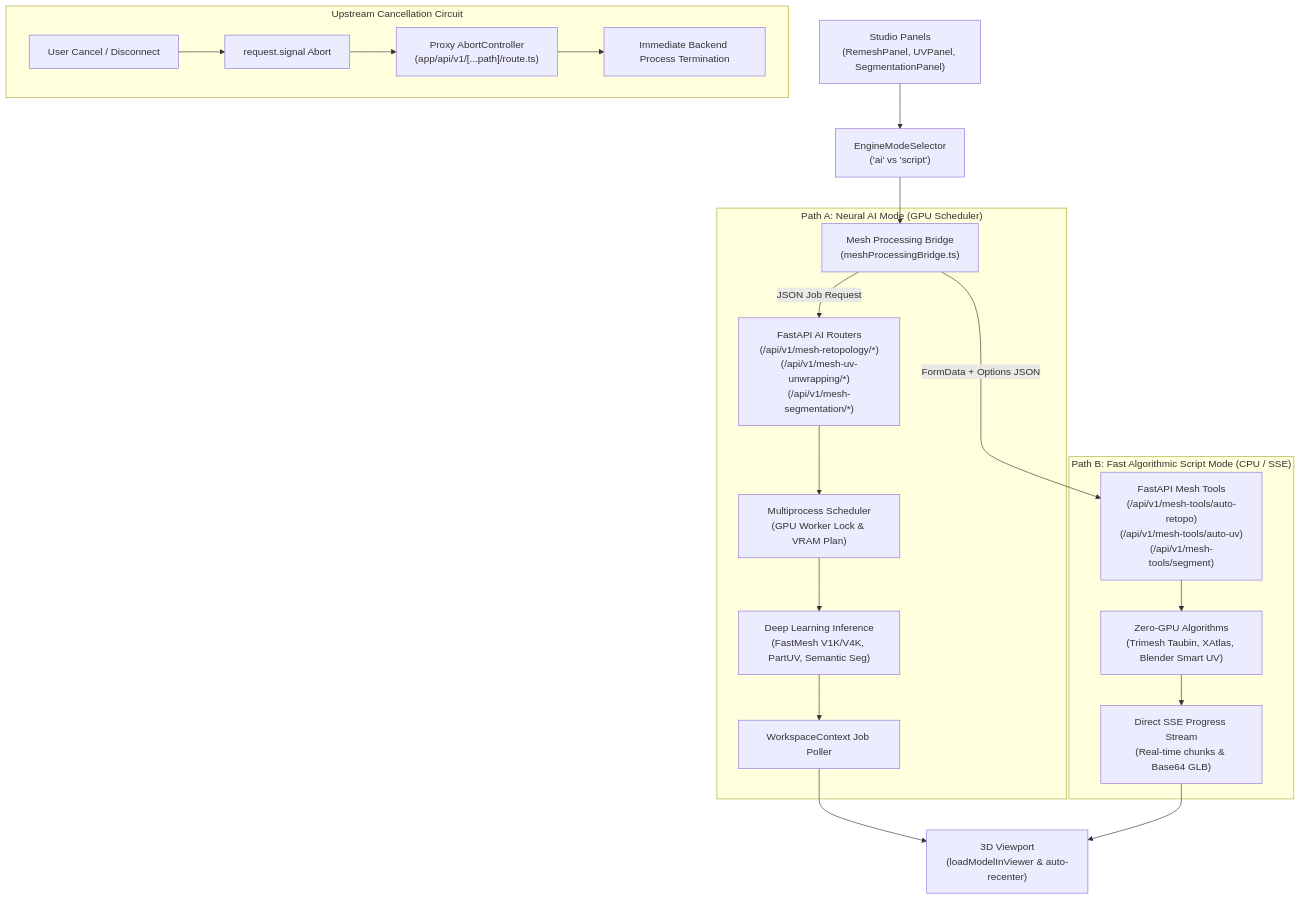
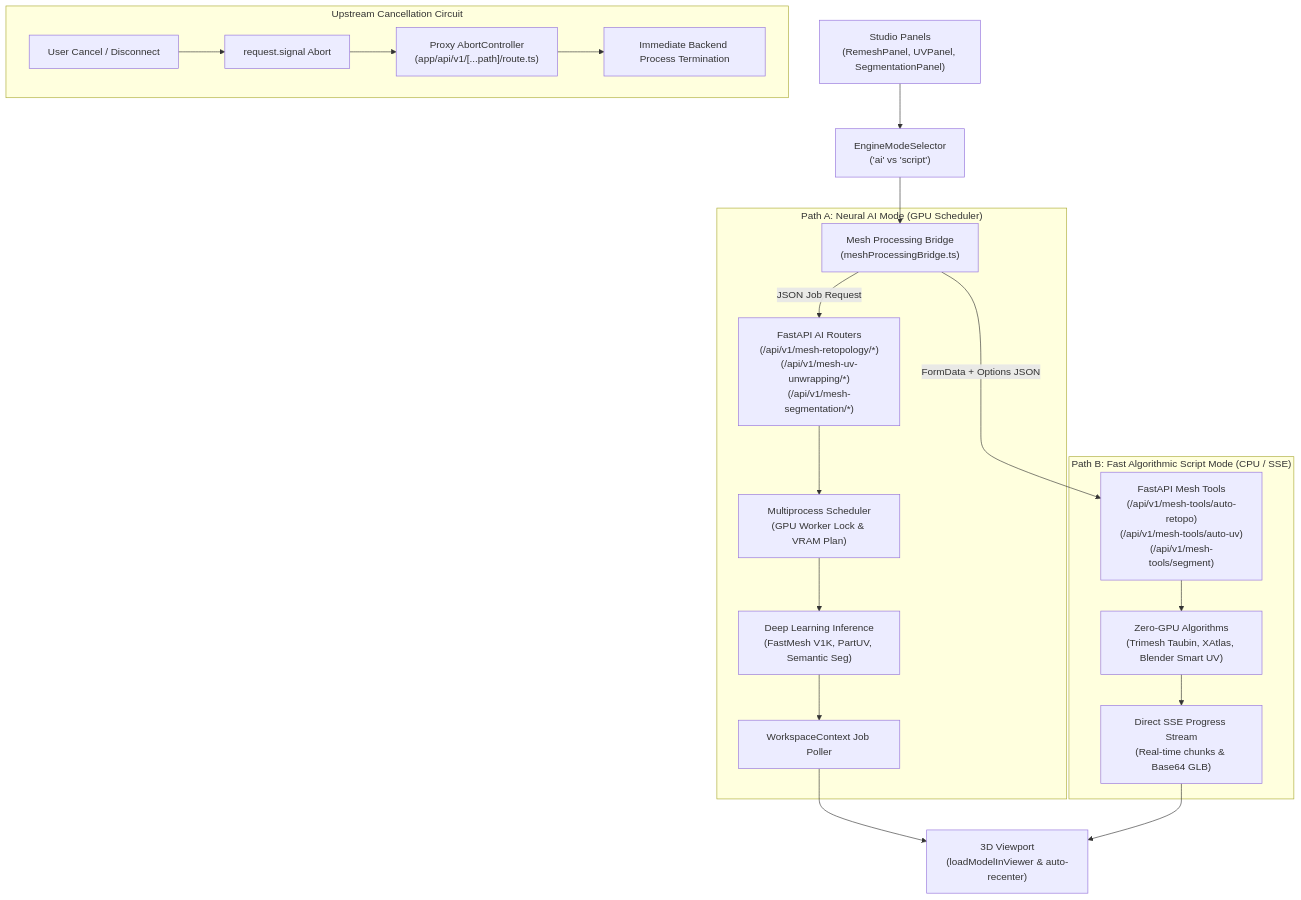
Before and after one commit to Silentzx2/ForMesh3D: the seventh of 7 diagrams in Docs/ARCHITECTURE.md, drawn with Mermaid. The commit also changed other lines of this file and 23 other files, not shown here.

Commit message:
Batch 1: align FastMesh, hole repair, and QEM decimation

````diff
--- a/Docs/ARCHITECTURE.md
+++ b/Docs/ARCHITECTURE.md
@@ -1001,27 +1002,27 @@
 ```mermaid
 flowchart TD
     Panel["Studio Panels<br/>(RemeshPanel, UVPanel, SegmentationPanel)"] --> EngineSel["EngineModeSelector<br/>('ai' vs 'script')"]
     EngineSel --> Bridge["Mesh Processing Bridge<br/>(meshProcessingBridge.ts)"]
 
     subgraph AI Path ["Path A: Neural AI Mode (GPU Scheduler)"]
         Bridge -->|JSON Job Request| FastAPIAI["FastAPI AI Routers<br/>(/api/v1/mesh-retopology/*)<br/>(/api/v1/mesh-uv-unwrapping/*)<br/>(/api/v1/mesh-segmentation/*)"]
         FastAPIAI --> Scheduler["Multiprocess Scheduler<br/>(GPU Worker Lock & VRAM Plan)"]
-        Scheduler --> AIModels["Deep Learning Inference<br/>(FastMesh V1K/V4K, PartUV, Semantic Seg)"]
+        Scheduler --> AIModels["Deep Learning Inference<br/>(FastMesh V1K, PartUV, Semantic Seg)"]
         AIModels --> Poll["WorkspaceContext Job Poller"]
     end
 
     subgraph Script Path ["Path B: Fast Algorithmic Script Mode (CPU / SSE)"]
         Bridge -->|FormData + Options JSON| FastAPIScript["FastAPI Mesh Tools<br/>(/api/v1/mesh-tools/auto-retopo)<br/>(/api/v1/mesh-tools/auto-uv)<br/>(/api/v1/mesh-tools/segment)"]
         FastAPIScript --> Algorithmic["Zero-GPU Algorithms<br/>(Trimesh Taubin, XAtlas, Blender Smart UV)"]
         Algorithmic --> SSEStream["Direct SSE Progress Stream<br/>(Real-time chunks & Base64 GLB)"]
     end
 
     Poll --> Viewport["3D Viewport<br/>(loadModelInViewer & auto-recenter)"]
     SSEStream --> Viewport
 
     subgraph Abort System ["Upstream Cancellation Circuit"]
         ClientCancel["User Cancel / Disconnect"] --> AbortSig["request.signal Abort"]
         AbortSig --> ProxyAbort["Proxy AbortController<br/>(app/api/v1/[...path]/route.ts)"]
         ProxyAbort --> Halt["Immediate Backend Process Termination"]
     end
 ```
````
